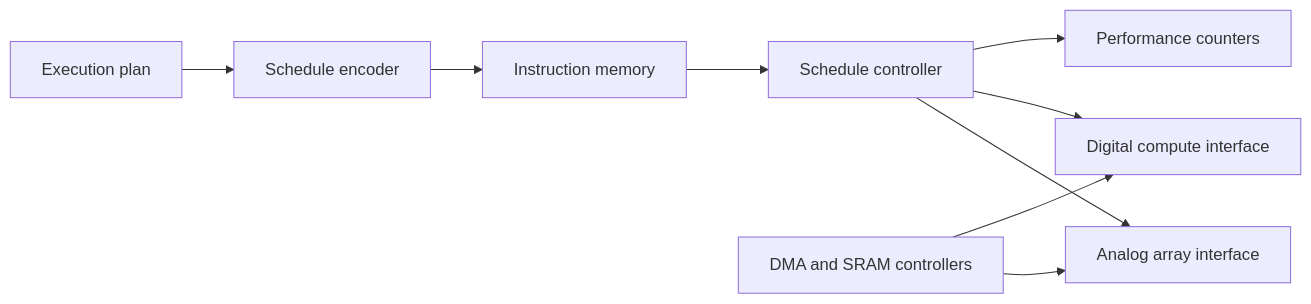
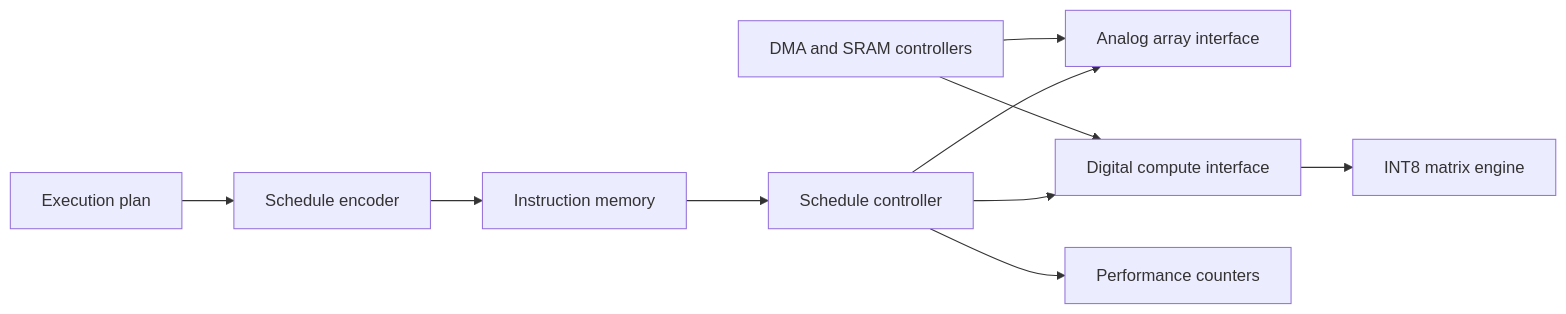
Before and after one commit to WaffleBits/heterocore-rtl: the diagram in ARCHITECTURE.md, drawn with Mermaid. The commit also changed other lines of this file and 8 other files, not shown here.

Commit message:
Add a verified INT8 matrix engine

````diff
--- a/ARCHITECTURE.md
+++ b/ARCHITECTURE.md
@@ -3,11 +3,12 @@
 ```mermaid
 flowchart LR
     P[Execution plan] --> G[Schedule encoder]
     G --> I[Instruction memory]
     I --> S[Schedule controller]
     S --> A[Analog array interface]
     S --> D[Digital compute interface]
     M[DMA and SRAM controllers] --> A
     M --> D
+    D --> Q[INT8 matrix engine]
     S --> C[Performance counters]
 ```
````
